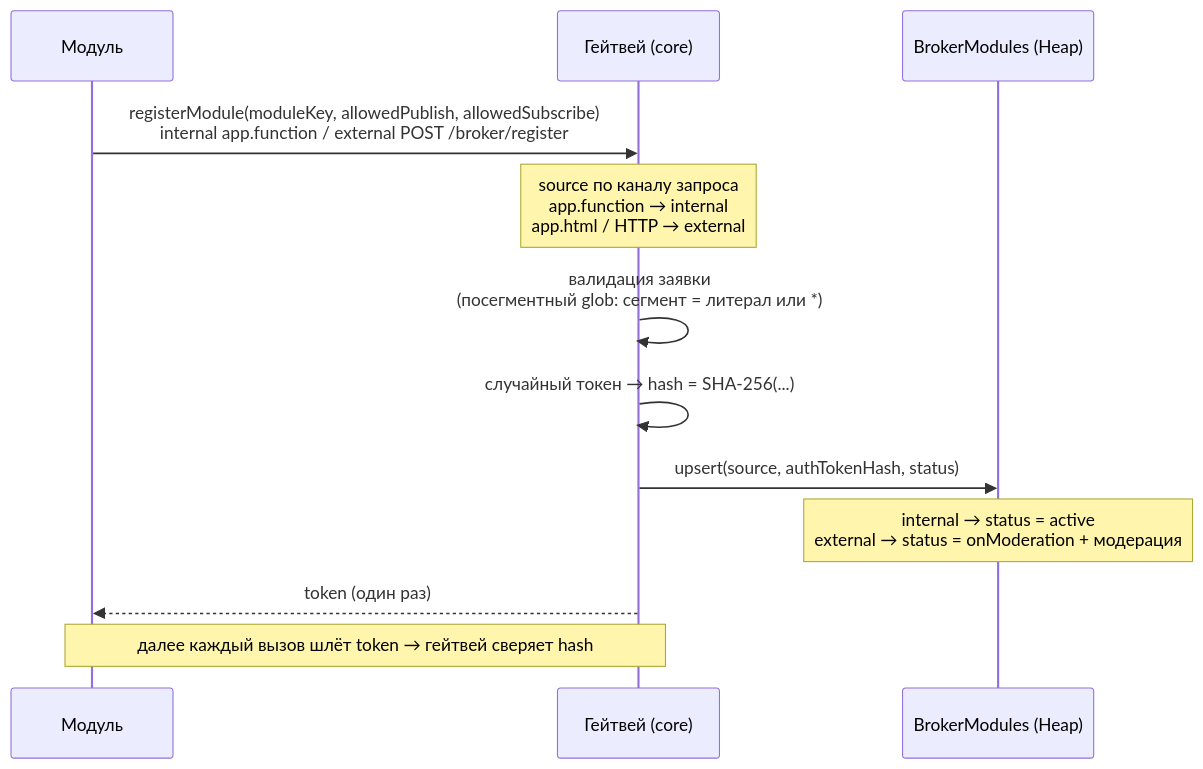
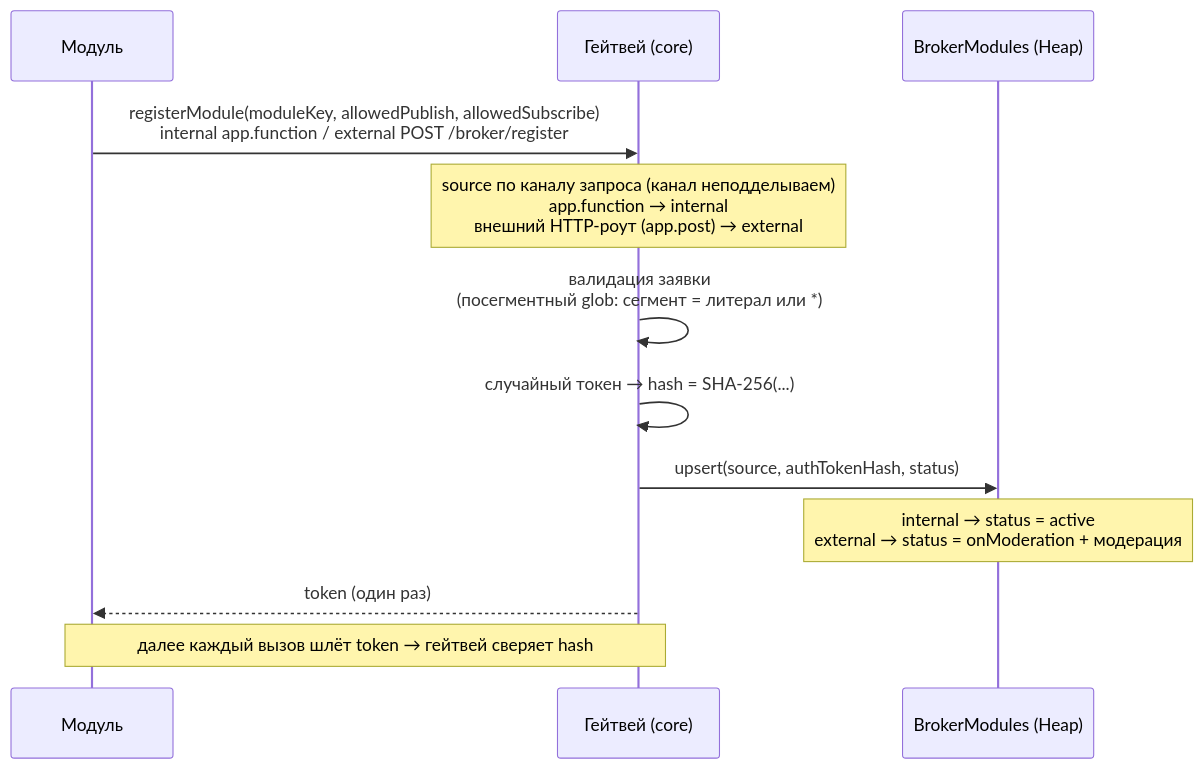
One commit to andrey-khudoley/Chatium changed the fourth of 9 diagrams in s.chtm.khudoley.pro/p/units/aley/bpm/core/docs/spec/spec-map.md. Above: the diagram before and after it, drawn with Mermaid. The commit also changed 1 other file, not shown here.

Commit message:
docs(aley/bpm/core): external-канал — app.post, а не app.html
app.html по 002-routing.md это семантический вариант app.get для HTML-страниц.
Регистрация принимает JSON-тело, и собственные таблицы транспортов спеки
задают POST-роуты — то есть описание канала противоречило самой спеке.

- §3.1 (source) и §5.2 шаг 2: app.html → внешний HTTP-роут (app.post)
- §5.2: добавлено, почему развилка надёжна — канал неподделываем
  (app.function доступен только коду внутри платформы), поэтому source
  не принимается из тела. Это же правило определяет, куда относить новый
  транспорт, если он появится
- §5 «Операции гейтвея»: третий канал разведён явно — админ-операции
  (§5.6/§5.7) идут через @shared-route + .run(), не принимают токен модуля
  и вне развилки source; плюс навигация к операциям, живущим в §5.8/§5.9.1
- spec-map: диаграмма регистрации

````diff
--- a/s.chtm.khudoley.pro/p/units/aley/bpm/core/docs/spec/spec-map.md
+++ b/s.chtm.khudoley.pro/p/units/aley/bpm/core/docs/spec/spec-map.md
@@ -155,15 +155,15 @@
 ```mermaid
 sequenceDiagram
   participant M as Модуль
   participant G as Гейтвей (core)
   participant DB as BrokerModules (Heap)
 
   M->>G: registerModule(moduleKey, allowedPublish, allowedSubscribe)<br/>internal app.function / external POST /broker/register
-  Note over G: source по каналу запроса<br/>app.function → internal<br/>app.html / HTTP → external
+  Note over G: source по каналу запроса (канал неподделываем)<br/>app.function → internal<br/>внешний HTTP-роут (app.post) → external
   G->>G: валидация заявки<br/>(посегментный glob: сегмент = литерал или *)
   G->>G: случайный токен → hash = SHA-256(...)
   G->>DB: upsert(source, authTokenHash, status)
   Note over DB: internal → status = active<br/>external → status = onModeration + модерация
   G-->>M: token (один раз)
   Note over M,G: далее каждый вызов шлёт token → гейтвей сверяет hash
 ```
````
